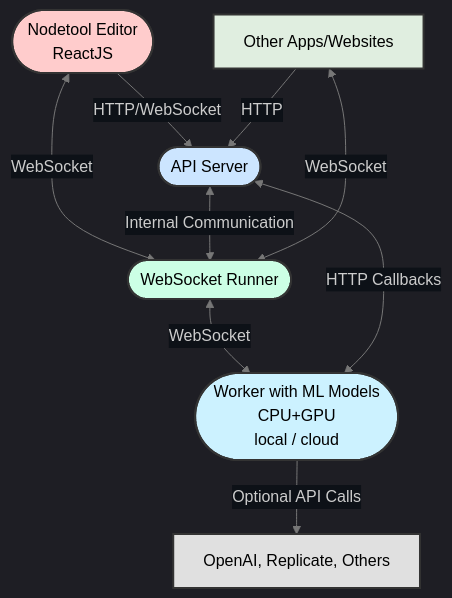
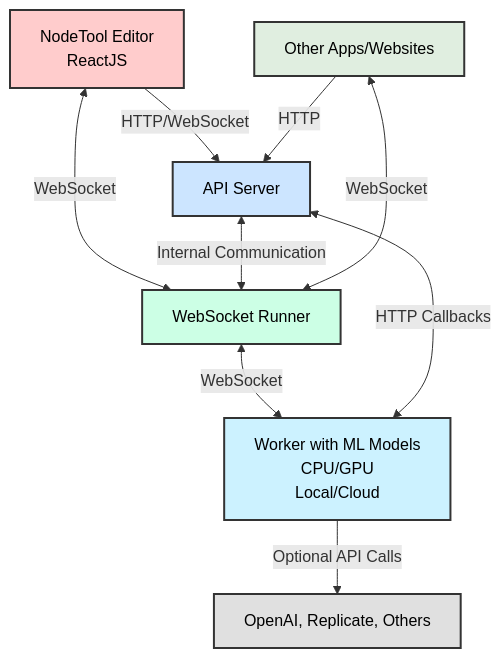
Before and after one commit to nodetool-ai/nodetool: the diagram in README.md, drawn with Mermaid. The commit also changed other lines of this file and 1 other file, not shown here.

````diff
--- a/README.md
+++ b/README.md
@@ -108,30 +110,28 @@
 ```mermaid
-%%{init: {'theme': 'dark', 'themeVariables': { 'primaryColor': '#0d1117', 'edgeLabelBackground': '#0d1117', 'lineColor': '#777', 'edgeLabelColor': '#777' }}}%%
-
 graph TD
-A([Nodetool Editor<br>ReactJS]) -->|HTTP/WebSocket| B([API Server])
-A <-->|WebSocket| C([WebSocket Runner])
+A[NodeTool Editor<br>ReactJS] -->|HTTP/WebSocket| B[API Server]
+A <-->|WebSocket| C[WebSocket Runner]
 B <-->|Internal Communication| C
-C <-->|WebSocket| D([Worker with ML Models<br> CPU+GPU <br>local / cloud])
+C <-->|WebSocket| D[Worker with ML Models<br>CPU/GPU<br>Local/Cloud]
 D <-->|HTTP Callbacks| B
 E[Other Apps/Websites] -->|HTTP| B
 E <-->|WebSocket| C
 D -->|Optional API Calls| F[OpenAI, Replicate, Others]
 
 
     classDef default fill:#e0eee0,stroke:#333,stroke-width:2px,color:#000;
     classDef frontend fill:#ffcccc,stroke:#333,stroke-width:2px,color:#000;
     classDef server fill:#cce5ff,stroke:#333,stroke-width:2px,color:#000;
     classDef runner fill:#ccffe5,stroke:#333,stroke-width:2px,color:#000;
     classDef worker fill:#ccf2ff,stroke:#333,stroke-width:2px,color:#000;
     classDef api fill:#e0e0e0,stroke:#333,stroke-width:2px,color:#000;
     classDef darkgray fill:#a9a9a9,stroke:#333,stroke-width:2px,color:#000;
 
 
     class A frontend;
     class B server;
     class C runner;
     class D worker;
     class E other;
     class F,G,H api;
 ```
````
